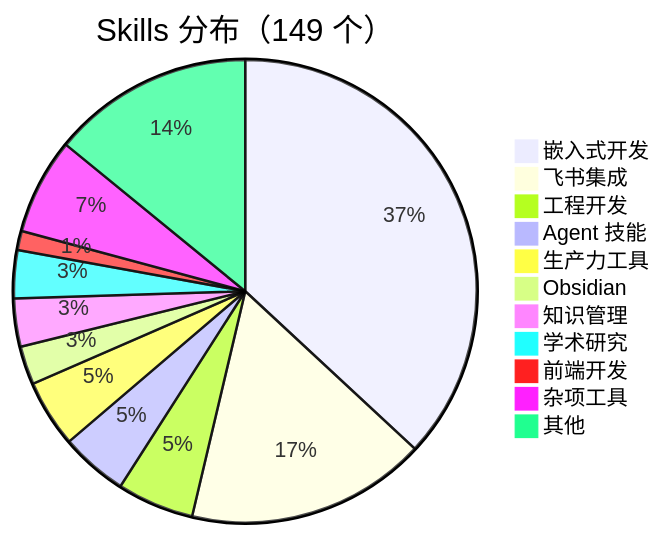
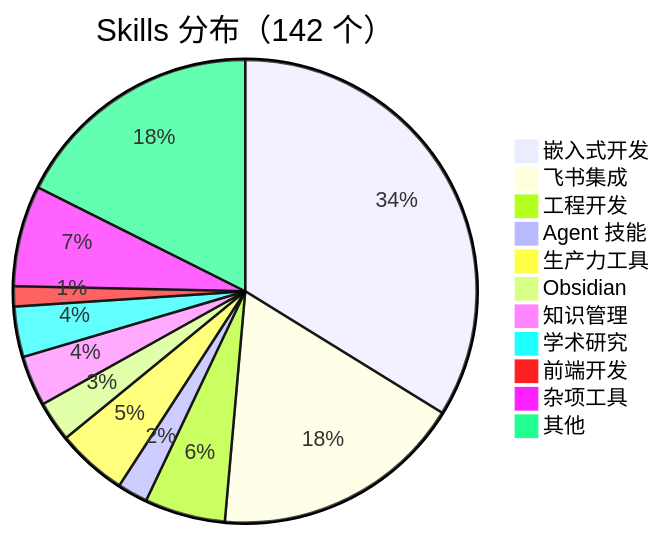
One commit to shuai-yemao/shuai-yemao-chip-skills changed the third of 3 diagrams in README.md. Above: the diagram before and after it, drawn with Mermaid. The commit also changed other lines of this file and 44 other files, not shown here.

````diff
--- a/README.md
+++ b/README.md
@@ -574,14 +556,14 @@
 ```mermaid
-pie title Skills 分布（149 个）
-    "嵌入式开发" : 55
+pie title Skills 分布（142 个）
+    "嵌入式开发" : 48
     "飞书集成" : 25
     "工程开发" : 8
-    "Agent 技能" : 7
+    "Agent 技能" : 3
     "生产力工具" : 7
     "Obsidian" : 4
     "知识管理" : 5
     "学术研究" : 5
     "前端开发" : 2
     "杂项工具" : 10
-    "其他" : 21
+    "其他" : 25
 ```
````
